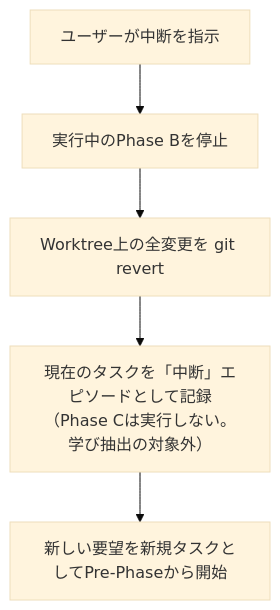
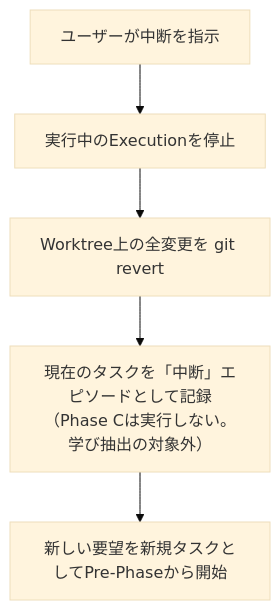
Before and after one commit to nqounet/deba: the fourth of 4 diagrams in docs/plans/005_llm_usage_plan_v2.md, drawn with Mermaid (base theme). The commit also changed other lines of this file and 23 other files, not shown here.

````diff
--- a/docs/plans/005_llm_usage_plan_v2.md
+++ b/docs/plans/005_llm_usage_plan_v2.md
@@ -589,7 +589,7 @@
 ```mermaid
 flowchart TD
-    A[ユーザーが中断を指示] --> B[実行中のPhase Bを停止]
+    A[ユーザーが中断を指示] --> B[実行中のExecutionを停止]
     B --> C[Worktree上の全変更を git revert]
     C --> D["現在のタスクを「中断」エピソードとして記録<br>（Phase Cは実行しない。学び抽出の対象外）"]
     D --> E[新しい要望を新規タスクとしてPre-Phaseから開始]
 ```
````
